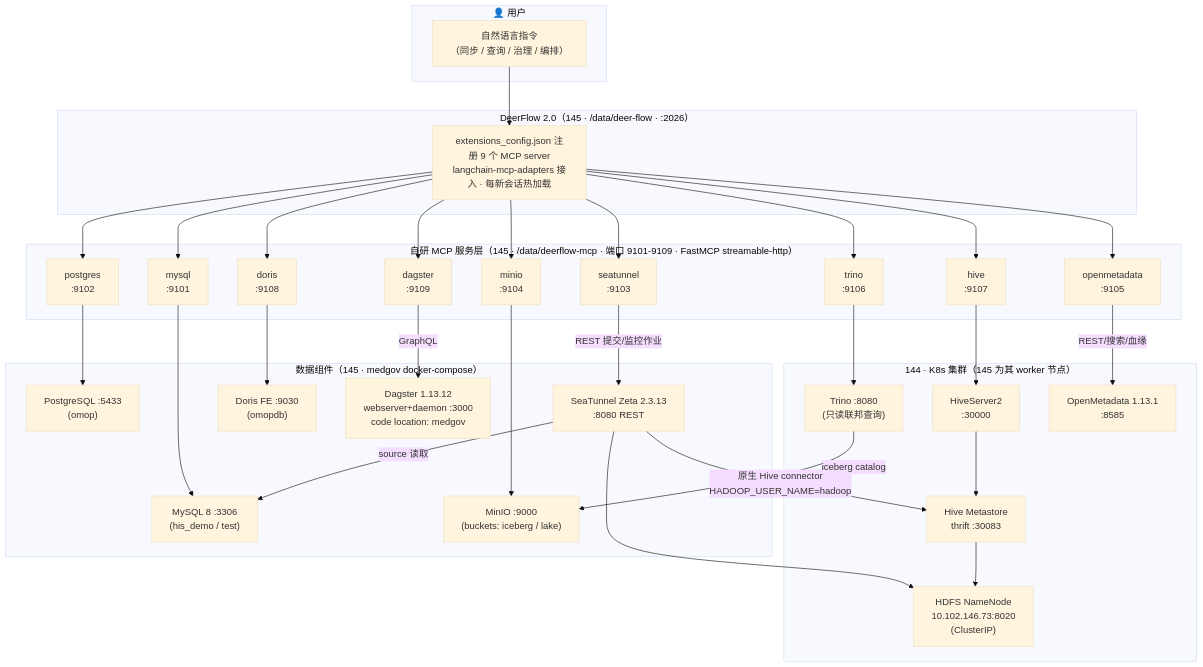
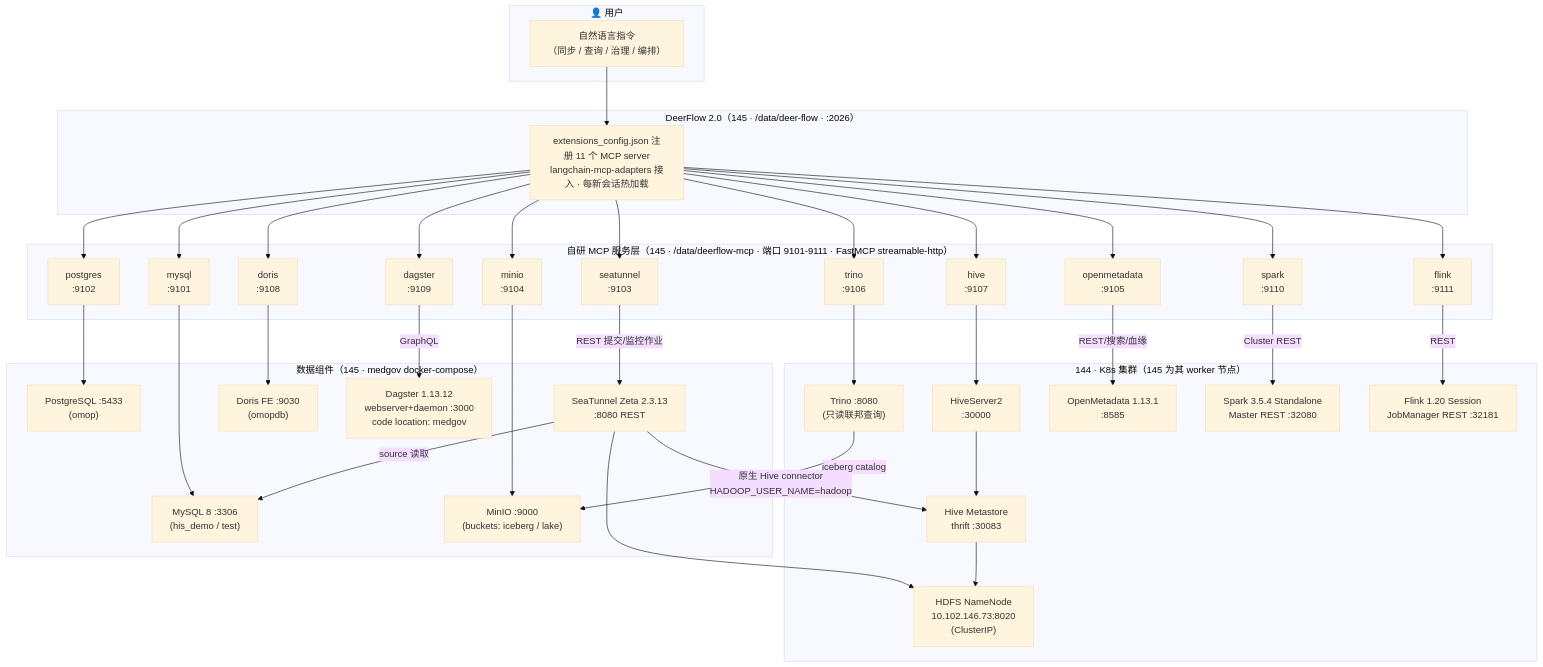
One commit to dkl-2019/Medical-LLM-platform changed the diagram in README.md. Above: the diagram before and after it, drawn with Mermaid (base theme). The commit also changed other lines of this file and 5 other files, not shown here.

````diff
--- a/README.md
+++ b/README.md
@@ -21,59 +21,65 @@
 ```mermaid
 flowchart TB
     subgraph USER["👤 用户"]
         U["自然语言指令<br/>（同步 / 查询 / 治理 / 编排）"]
     end
 
     subgraph DF["DeerFlow 2.0（145 · /data/deer-flow · :2026）"]
-        D["extensions_config.json 注册 9 个 MCP server<br/>langchain-mcp-adapters 接入 · 每新会话热加载"]
+        D["extensions_config.json 注册 11 个 MCP server<br/>langchain-mcp-adapters 接入 · 每新会话热加载"]
     end
 
-    subgraph MCP["自研 MCP 服务层（145 · /data/deerflow-mcp · 端口 9101-9109 · FastMCP streamable-http）"]
+    subgraph MCP["自研 MCP 服务层（145 · /data/deerflow-mcp · 端口 9101-9111 · FastMCP streamable-http）"]
         M1["mysql<br/>:9101"]
         M2["postgres<br/>:9102"]
         M3["seatunnel<br/>:9103"]
         M4["minio<br/>:9104"]
         M5["openmetadata<br/>:9105"]
         M6["trino<br/>:9106"]
         M7["hive<br/>:9107"]
         M8["doris<br/>:9108"]
         M9["dagster<br/>:9109"]
+        M10["spark<br/>:9110"]
+        M11["flink<br/>:9111"]
     end
 
     subgraph N145["数据组件（145 · medgov docker-compose）"]
         MYSQL["MySQL 8 :3306<br/>(his_demo / test)"]
         PG["PostgreSQL :5433<br/>(omop)"]
         ST["SeaTunnel Zeta 2.3.13<br/>:8080 REST"]
         MINIO["MinIO :9000<br/>(buckets: iceberg / lake)"]
         DORIS["Doris FE :9030<br/>(omopdb)"]
         DAG["Dagster 1.13.12<br/>webserver+daemon :3000<br/>code location: medgov"]
     end
 
     subgraph N144["144 · K8s 集群（145 为其 worker 节点）"]
         HS2["HiveServer2<br/>:30000"]
         MS["Hive Metastore<br/>thrift :30083"]
         HDFS["HDFS NameNode<br/>10.102.146.73:8020<br/>(ClusterIP)"]
         TRINO["Trino :8080<br/>(只读联邦查询)"]
         OM["OpenMetadata 1.13.1<br/>:8585"]
+        SPARK["Spark 3.5.4 Standalone<br/>Master REST :32080"]
+        FLINK["Flink 1.20 Session<br/>JobManager REST :32181"]
     end
 
     U --> D
-    D --> M1 & M2 & M3 & M4 & M5 & M6 & M7 & M8 & M9
+    D --> M1 & M2 & M3 & M4 & M5 & M6 & M7 & M8 & M9 & M10 & M11
 
     M1 --> MYSQL
     M2 --> PG
     M3 -- "REST 提交/监控作业" --> ST
     M4 --> MINIO
     M5 -- "REST/搜索/血缘" --> OM
     M6 --> TRINO
     M7 --> HS2
     M8 --> DORIS
     M9 -- "GraphQL" --> DAG
+    M10 -- "Cluster REST" --> SPARK
+    M11 -- "REST" --> FLINK
 
     ST -- "原生 Hive connector<br/>HADOOP_USER_NAME=hadoop" --> MS
     ST --> HDFS
     ST -- "source 读取" --> MYSQL
     TRINO -- "iceberg catalog" --> MINIO
     HS2 --> MS
     MS --> HDFS
 ```
````
